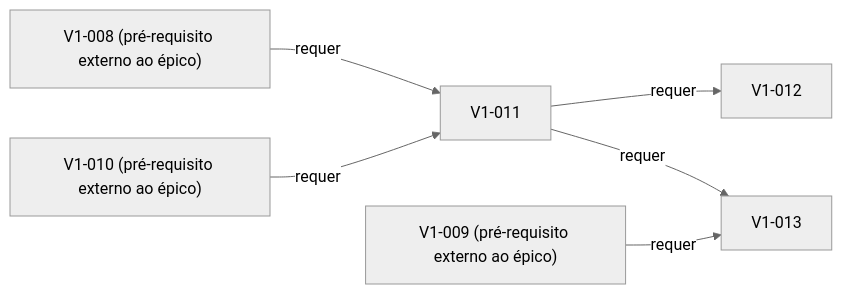
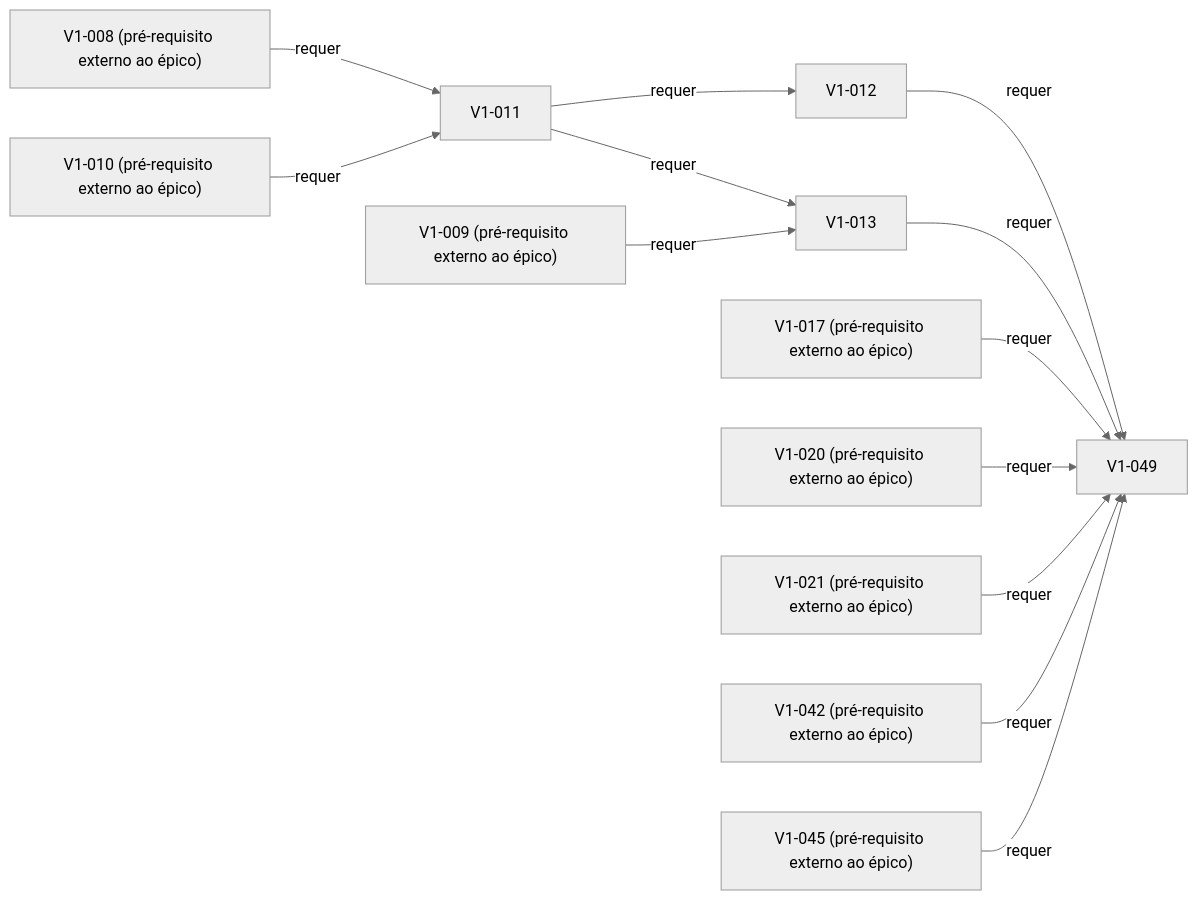
Before and after one commit to richardcastrogois/TrainForge: the fourth of 12 diagrams in docs/arquitetura/gerado/progresso.md, drawn with Mermaid (neutral theme). The commit also changed other lines of this file and 19 other files, not shown here.

````diff
--- a/docs/arquitetura/gerado/progresso.md
+++ b/docs/arquitetura/gerado/progresso.md
@@ -85,14 +85,27 @@
 ```mermaid
 flowchart LR
     node0["V1-008 (pré-requisito externo ao épico)"]
     node1["V1-009 (pré-requisito externo ao épico)"]
     node2["V1-010 (pré-requisito externo ao épico)"]
     node3["V1-011"]
     node4["V1-012"]
     node5["V1-013"]
+    node6["V1-017 (pré-requisito externo ao épico)"]
+    node7["V1-020 (pré-requisito externo ao épico)"]
+    node8["V1-021 (pré-requisito externo ao épico)"]
+    node9["V1-042 (pré-requisito externo ao épico)"]
+    node10["V1-045 (pré-requisito externo ao épico)"]
+    node11["V1-049"]
     node0 -->|"requer"| node3
     node2 -->|"requer"| node3
     node3 -->|"requer"| node4
     node3 -->|"requer"| node5
     node1 -->|"requer"| node5
+    node4 -->|"requer"| node11
+    node5 -->|"requer"| node11
+    node6 -->|"requer"| node11
+    node7 -->|"requer"| node11
+    node8 -->|"requer"| node11
+    node9 -->|"requer"| node11
+    node10 -->|"requer"| node11
 ```
````
